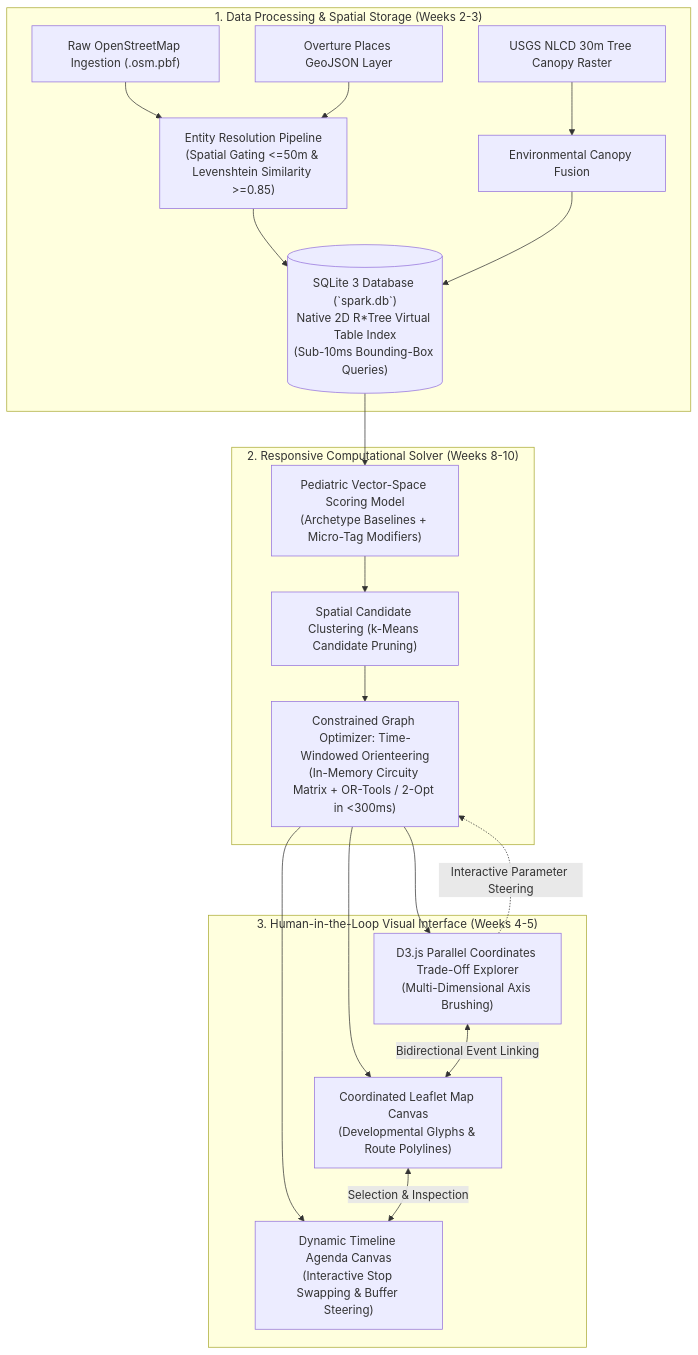
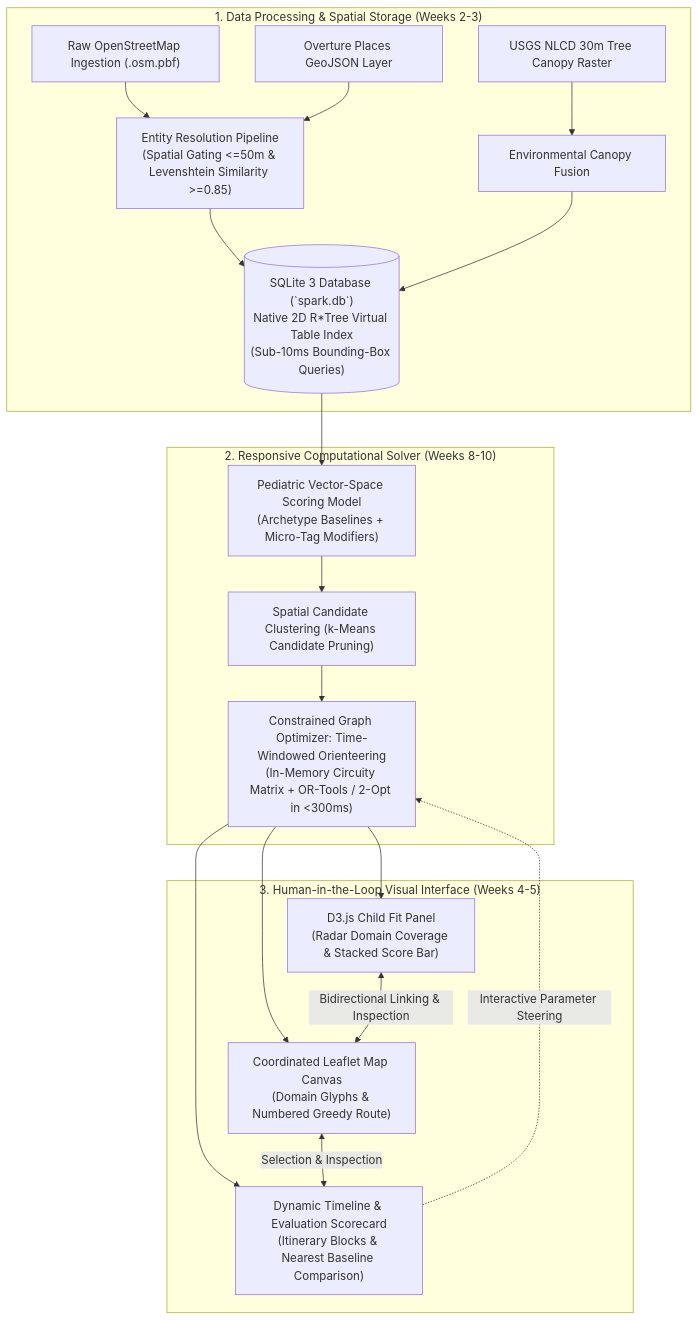
One commit to manoj-android/cse-6242-project changed the second of 3 diagrams in projectwork/docs/progress_report.md. Above: the diagram before and after it, drawn with Mermaid. The commit also changed other lines of this file and 14 other files, not shown here.

````diff
--- a/projectwork/docs/progress_report.md
+++ b/projectwork/docs/progress_report.md
@@ -76,24 +76,24 @@
 ```mermaid
 flowchart TD
     subgraph DataPipeline["1. Data Processing & Spatial Storage (Weeks 2-3)"]
         OSM["Raw OpenStreetMap Ingestion (.osm.pbf)"] & OVERTURE["Overture Places GeoJSON Layer"] --> RESOLVE["Entity Resolution Pipeline<br>(Spatial Gating <=50m & Levenshtein Similarity >=0.85)"]
         NLCD["USGS NLCD 30m Tree Canopy Raster"] --> FUSION["Environmental Canopy Fusion"]
         RESOLVE & FUSION --> SQL[("SQLite 3 Database (`spark.db`)<br>Native 2D R*Tree Virtual Table Index<br>(Sub-10ms Bounding-Box Queries)")]
     end
 
     subgraph ComputationEngine["2. Responsive Computational Solver (Weeks 8-10)"]
         SQL --> SCORE["Pediatric Vector-Space Scoring Model<br>(Archetype Baselines + Micro-Tag Modifiers)"]
         SCORE --> CLUST["Spatial Candidate Clustering (k-Means Candidate Pruning)"]
         CLUST --> SOLVER["Constrained Graph Optimizer: Time-Windowed Orienteering<br>(In-Memory Circuity Matrix + OR-Tools / 2-Opt in <300ms)"]
     end
 
     subgraph VisualInterface["3. Human-in-the-Loop Visual Interface (Weeks 4-5)"]
-        SOLVER --> MAP["Coordinated Leaflet Map Canvas<br>(Developmental Glyphs & Route Polylines)"]
-        SOLVER --> D3["D3.js Parallel Coordinates Trade-Off Explorer<br>(Multi-Dimensional Axis Brushing)"]
-        SOLVER --> AGENDA["Dynamic Timeline Agenda Canvas<br>(Interactive Stop Swapping & Buffer Steering)"]
+        SOLVER --> MAP["Coordinated Leaflet Map Canvas<br>(Domain Glyphs & Numbered Greedy Route)"]
+        SOLVER --> FIT["D3.js Child Fit Panel<br>(Radar Domain Coverage & Stacked Score Bar)"]
+        SOLVER --> AGENDA["Dynamic Timeline & Evaluation Scorecard<br>(Itinerary Blocks & Nearest Baseline Comparison)"]
 
-        D3 <-->|Bidirectional Event Linking| MAP
+        FIT <-->|Bidirectional Linking & Inspection| MAP
         MAP <-->|Selection & Inspection| AGENDA
-        D3 -.->|Interactive Parameter Steering| SOLVER
+        AGENDA -.->|Interactive Parameter Steering| SOLVER
     end
 ```
````
